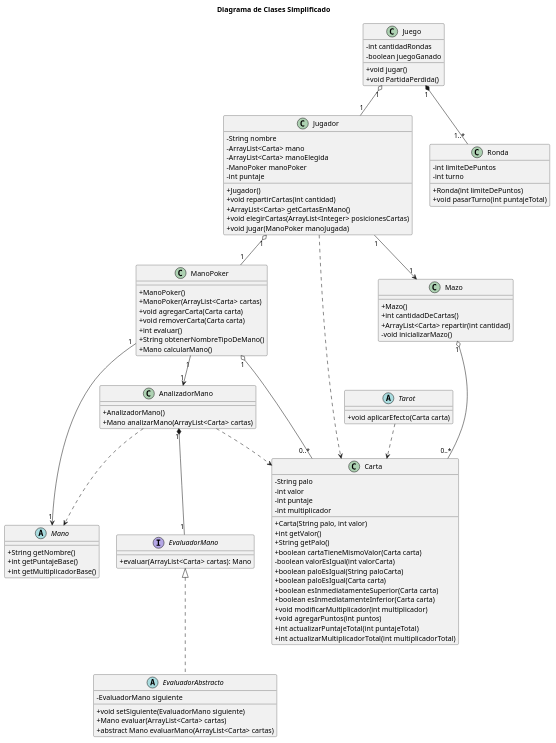
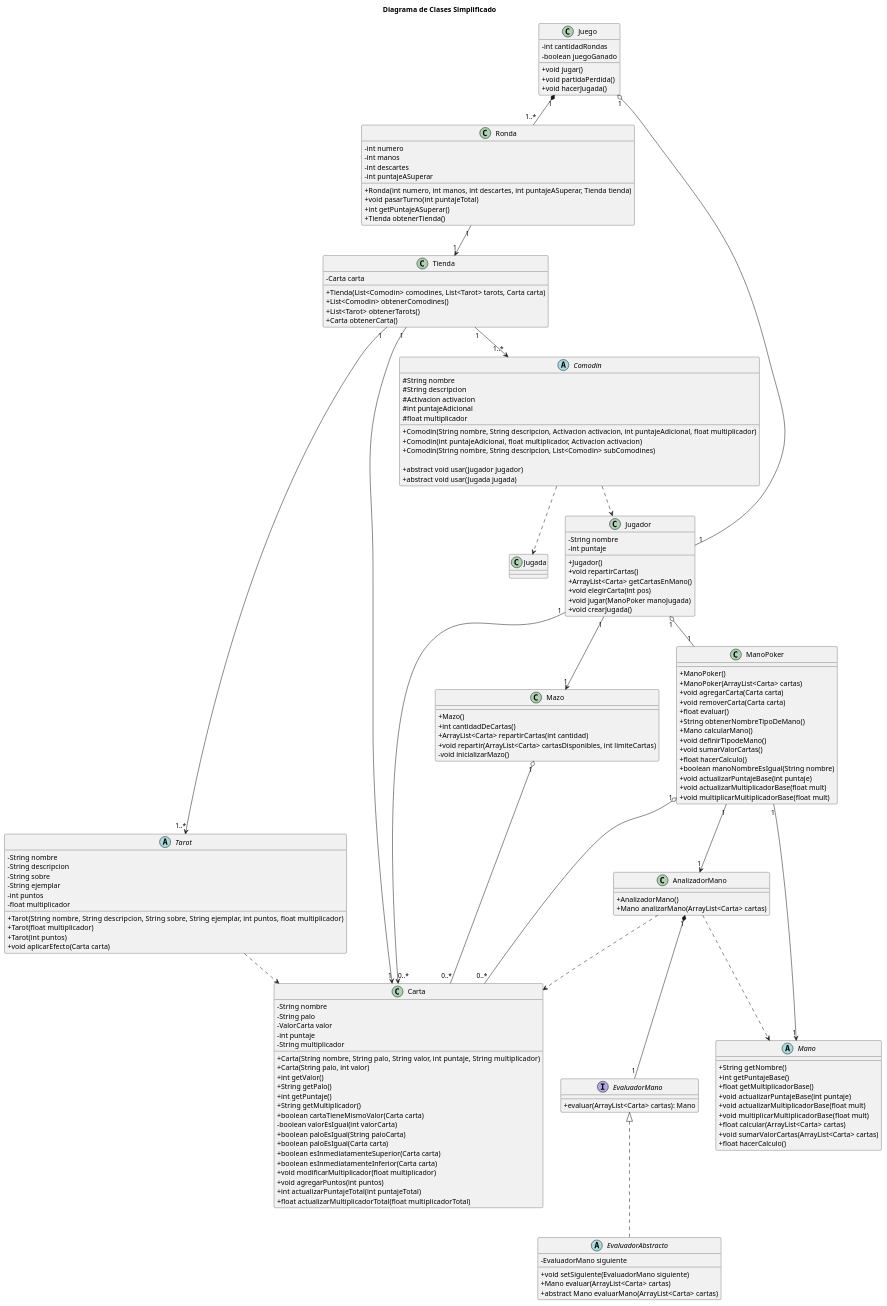
Before and after one commit to JonyHuergo/tp2-paradigmas: the diagram in diagramas/clases/simplificado.puml, drawn with PlantUML. The commit also changed 2 other files, not shown here.

Commit message:
Actualizar UML clases simplificado

```diff
--- a/diagramas/clases/simplificado.puml
+++ b/diagramas/clases/simplificado.puml
@@ -1,116 +1,195 @@
 @startuml Diagrama de Clases Simplificado
 
 skinparam classAttributeIconSize 0
 
 title Diagrama de Clases Simplificado
 
 class AnalizadorMano {
     + AnalizadorMano()
     + Mano analizarMano(ArrayList<Carta> cartas)
 }
 
 class Carta {
+    - String nombre
     - String palo
-    - int valor
+    - ValorCarta valor
     - int puntaje
-    - int multiplicador
+    - String multiplicador
+    + Carta(String nombre, String palo, String valor, int puntaje, String multiplicador)
     + Carta(String palo, int valor)
     + int getValor()
     + String getPalo()
+    + int getPuntaje()
+    + String getMultiplicador()
     + boolean cartaTieneMismoValor(Carta carta)
     - boolean valorEsIgual(int valorCarta)
     + boolean paloEsIgual(String paloCarta)
     + boolean paloEsIgual(Carta carta)
     + boolean esInmediatamenteSuperior(Carta carta)
     + boolean esInmediatamenteInferior(Carta carta)
-    + void modificarMultiplicador(int multiplicador)
+    + void modificarMultiplicador(float multiplicador)
     + void agregarPuntos(int puntos)
     + int actualizarPuntajeTotal(int puntajeTotal)
-    + int actualizarMultiplicadorTotal(int multiplicadorTotal)
+    + float actualizarMultiplicadorTotal(float multiplicadorTotal)
 }
 
 class Juego {
     - int cantidadRondas
     - boolean juegoGanado
     + void jugar()
-    + void PartidaPerdida()
+    + void partidaPerdida()
+    + void hacerJugada()
 }
 
 class Jugador {
     - String nombre
-    - ArrayList<Carta> mano
-    - ArrayList<Carta> manoElegida
-    - ManoPoker manoPoker
     - int puntaje
     + Jugador()
-    + void repartirCartas(int cantidad)
+    + void repartirCartas()
     + ArrayList<Carta> getCartasEnMano()
-    + void elegirCartas(ArrayList<Integer> posicionesCartas)
+    + void elegirCarta(int pos)
     + void jugar(ManoPoker manoJugada)
+    + void crearJugada()
 }
 
 class ManoPoker {
     + ManoPoker()
     + ManoPoker(ArrayList<Carta> cartas)
     + void agregarCarta(Carta carta)
     + void removerCarta(Carta carta)
-    + int evaluar()
+    + float evaluar()
     + String obtenerNombreTipoDeMano()
     + Mano calcularMano()
+    + void definirTipodeMano()
+    + void sumarValorCartas()
+    + float hacerCalculo()
+    + boolean manoNombreEsIgual(String nombre)
+    + void actualizarPuntajeBase(int puntaje)
+    + void actualizarMultiplicadorBase(float mult)
+    + void multiplicarMultiplicadorBase(float mult)
 }
 
 class Mazo {
     + Mazo()
     + int cantidadDeCartas()
-    + ArrayList<Carta> repartir(int cantidad)
+    + ArrayList<Carta> repartirCartas(int cantidad)
+    + void repartir(ArrayList<Carta> cartasDisponibles, int limiteCartas)
     - void inicializarMazo()
 }
 
 class Ronda {
-    - int limiteDePuntos
-    - int turno
-    + Ronda(int limiteDePuntos)
+    - int numero
+    - int manos
+    - int descartes
+    - int puntajeASuperar
+    + Ronda(int numero, int manos, int descartes, int puntajeASuperar, Tienda tienda)
     + void pasarTurno(int puntajeTotal)
+    + int getPuntajeASuperar()
+    + Tienda obtenerTienda()
+}
+
+class Tienda {
+    - Carta carta
+    + Tienda(List<Comodin> comodines, List<Tarot> tarots, Carta carta)
+    + List<Comodin> obtenerComodines()
+    + List<Tarot> obtenerTarots()
+    + Carta obtenerCarta()
 }
 
 abstract class Tarot {
+    - String nombre
+    - String descripcion
+    - String sobre
+    - String ejemplar
+    - int puntos
+    - float multiplicador
+    + Tarot(String nombre, String descripcion, String sobre, String ejemplar, int puntos, float multiplicador)
+    + Tarot(float multiplicador)
+    + Tarot(int puntos)
     + void aplicarEfecto(Carta carta)
+}
+
+class Jugada {
+    /'- ManoPoker manoPoker
+    - ArrayList<Comodin> comodines
+    - int puntaje
+    - int descartes
+    - int numeroRonda
+
+    + Jugada(ManoPoker manoPoker, ArrayList<Comodin> comodines, int descartes)
+    + void actualizarPuntajeBase(int puntajeBase)
+    + void actualizarMult(float mult)
+    + void multiplicarMult(float mult)
+    + boolean tieneDescartes()
+    + boolean tieneManoDeTipo(String manoEsperada)
+    + int calcularPuntosPorDescarte(int puntosPorDescarte)
+    + float evaluarJugada()'/
 }
 
 interface EvaluadorMano {
     + evaluar(ArrayList<Carta> cartas): Mano
 }
 
 abstract class EvaluadorAbstracto implements EvaluadorMano {
     - EvaluadorMano siguiente
     + void setSiguiente(EvaluadorMano siguiente)
     + Mano evaluar(ArrayList<Carta> cartas)
     + abstract Mano evaluarMano(ArrayList<Carta> cartas)
 }
 
 abstract class Mano {
     + String getNombre()
     + int getPuntajeBase()
-    + int getMultiplicadorBase()
+    + float getMultiplicadorBase()
+    + void actualizarPuntajeBase(int puntaje)
+    + void actualizarMultiplicadorBase(float mult)
+    + void multiplicarMultiplicadorBase(float mult)
+    + float calcular(ArrayList<Carta> cartas)
+    + void sumarValorCartas(ArrayList<Carta> cartas)
+    + float hacerCalculo()
+}
+
+abstract class Comodin {
+    # String nombre
+    # String descripcion
+    # Activacion activacion
+    # int puntajeAdicional
+    # float multiplicador
+    
+    + Comodin(String nombre, String descripcion, Activacion activacion, int puntajeAdicional, float multiplicador)
+    + Comodin(int puntajeAdicional, float multiplicador, Activacion activacion)
+    + Comodin(String nombre, String descripcion, List<Comodin> subComodines)
+
+    + abstract void usar(Jugador jugador)
+    + abstract void usar(Jugada jugada)
 }
 
 Mazo "1" o-- "0..*" Carta
 
 AnalizadorMano "1" *-- "1" EvaluadorMano
 AnalizadorMano ..> Mano
 AnalizadorMano ..> Carta
 
 Juego "1" o-- "1" Jugador
 Juego "1" *-- "1..*" Ronda
 
 Jugador "1" o-- "1" ManoPoker
 Jugador "1" --> "1" Mazo
-Jugador ..> Carta
+Jugador "1" --> "0..*" Carta
 
 ManoPoker "1" o-- "0..*" Carta
 ManoPoker "1" --> "1" AnalizadorMano
 ManoPoker "1" --> "1" Mano
 
 Tarot ..> Carta
 
+Ronda "1" --> "1" Tienda
+
+Tienda "1" --> "1..*" Comodin
+Tienda "1" --> "1..*" Tarot
+Tienda "1" --> "1" Carta
+
+Comodin ..> Jugador
+Comodin ..> Jugada
+
 @enduml
```
